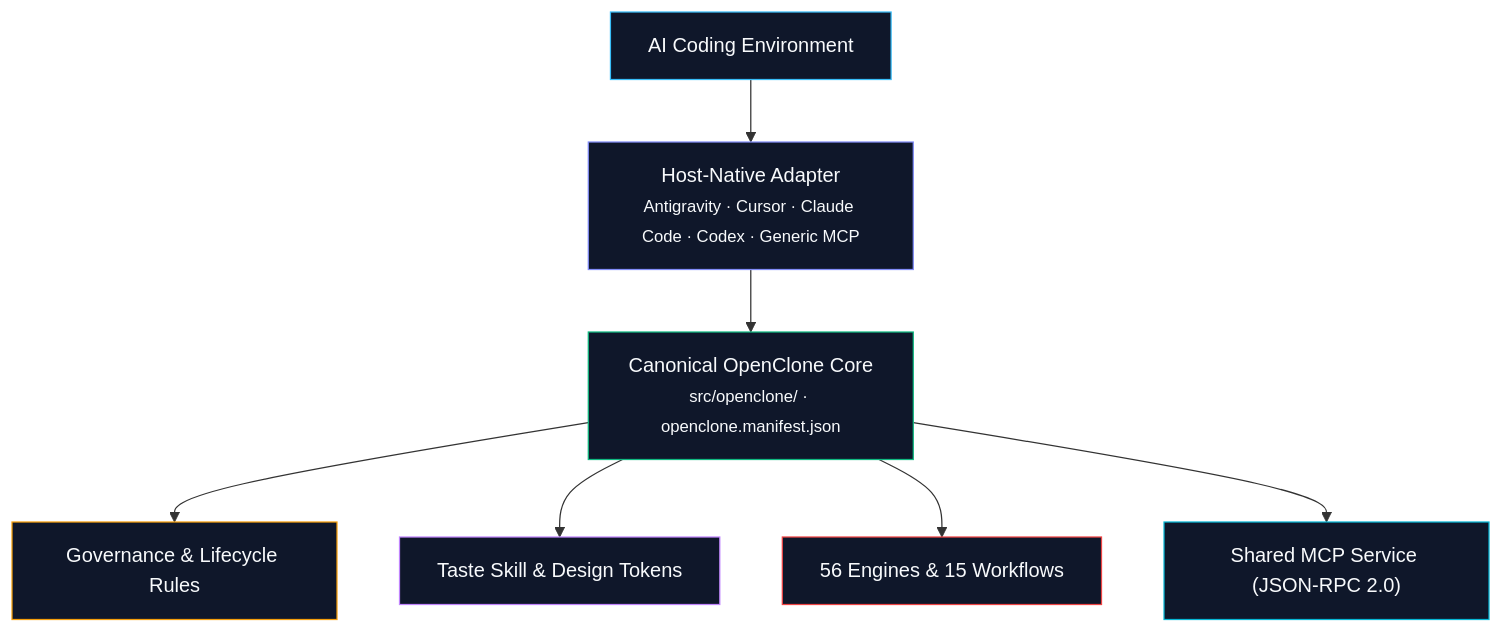
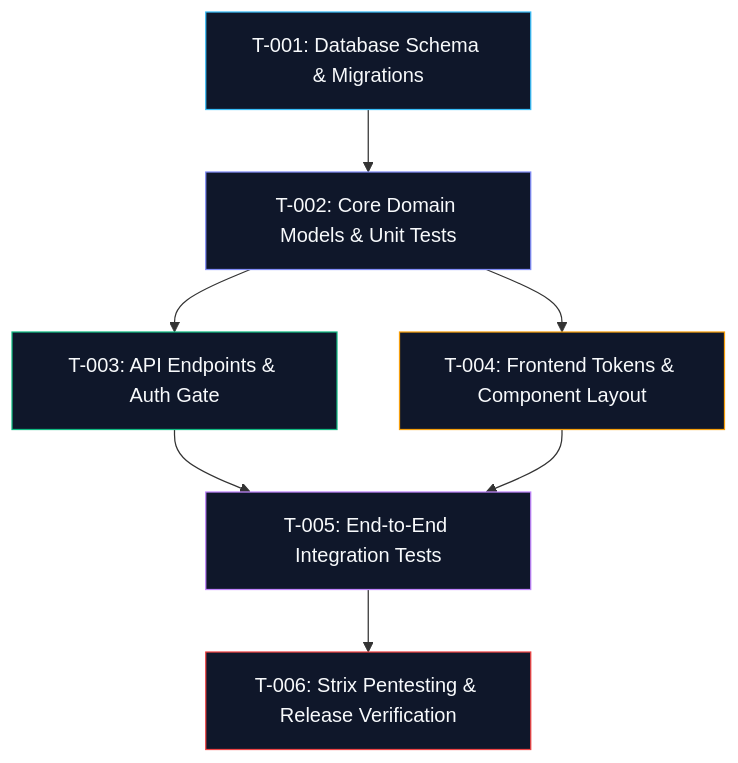
Before and after one commit to MK-1603/OpenClone: the fourth of 6 diagrams in README.md, drawn with Mermaid. The commit also changed other lines of this file and 3 other files, not shown here.

````diff
--- a/README.md
+++ b/README.md
@@ -279,17 +311,16 @@
 ```mermaid
-flowchart TD
-    IDE["AI Coding Environment"] --> ADAPT["Host-Native Adapter<br/><small>Antigravity · Cursor · Claude Code · Codex · Generic MCP</small>"]
-    ADAPT --> CORE["Canonical OpenClone Core<br/><small>src/openclone/ · openclone.manifest.json</small>"]
-    CORE --> GOV["Governance & Lifecycle Rules"]
-    CORE --> SKL["Taste Skill & Design Tokens"]
-    CORE --> WORK["56 Engines & 15 Workflows"]
-    CORE --> MCP["Shared MCP Service (JSON-RPC 2.0)"]
+graph TD
+    T1["T-001: Database Schema & Migrations"] --> T2["T-002: Core Domain Models & Unit Tests"]
+    T2 --> T3["T-003: API Endpoints & Auth Gate"]
+    T2 --> T4["T-004: Frontend Tokens & Component Layout"]
+    T3 --> T5["T-005: End-to-End Integration Tests"]
+    T4 --> T5
+    T5 --> T6["T-006: Strix Pentesting & Release Verification"]
 
-    style IDE fill:#0f172a,stroke:#38bdf8,stroke-width:1px,color:#f8fafc
-    style ADAPT fill:#0f172a,stroke:#818cf8,stroke-width:1px,color:#f8fafc
-    style CORE fill:#0f172a,stroke:#10b981,stroke-width:1px,color:#f8fafc
-    style GOV fill:#0f172a,stroke:#f59e0b,stroke-width:1px,color:#f8fafc
-    style SKL fill:#0f172a,stroke:#c084fc,stroke-width:1px,color:#f8fafc
-    style WORK fill:#0f172a,stroke:#ef4444,stroke-width:1px,color:#f8fafc
-    style MCP fill:#0f172a,stroke:#06b6d4,stroke-width:1px,color:#f8fafc
+    style T1 fill:#0f172a,stroke:#38bdf8,stroke-width:1px,color:#f8fafc
+    style T2 fill:#0f172a,stroke:#818cf8,stroke-width:1px,color:#f8fafc
+    style T3 fill:#0f172a,stroke:#10b981,stroke-width:1px,color:#f8fafc
+    style T4 fill:#0f172a,stroke:#f59e0b,stroke-width:1px,color:#f8fafc
+    style T5 fill:#0f172a,stroke:#c084fc,stroke-width:1px,color:#f8fafc
+    style T6 fill:#0f172a,stroke:#ef4444,stroke-width:1px,color:#f8fafc
 ```
````
